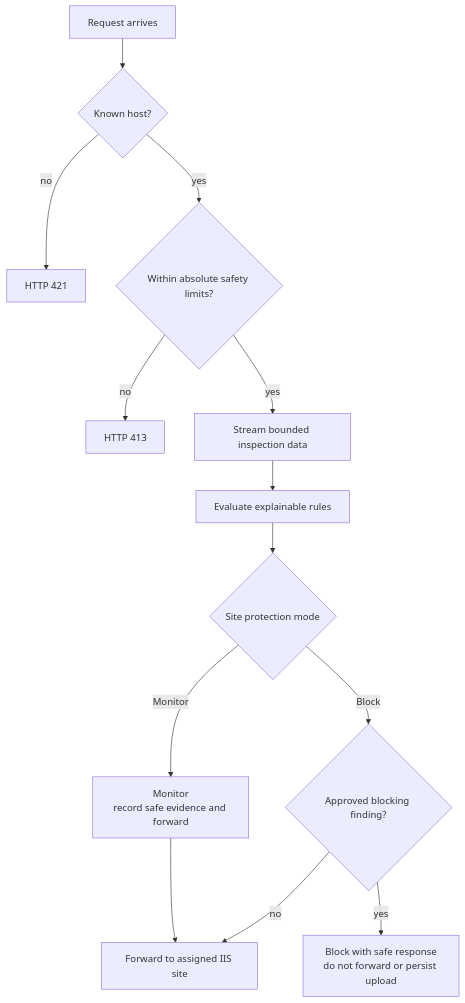
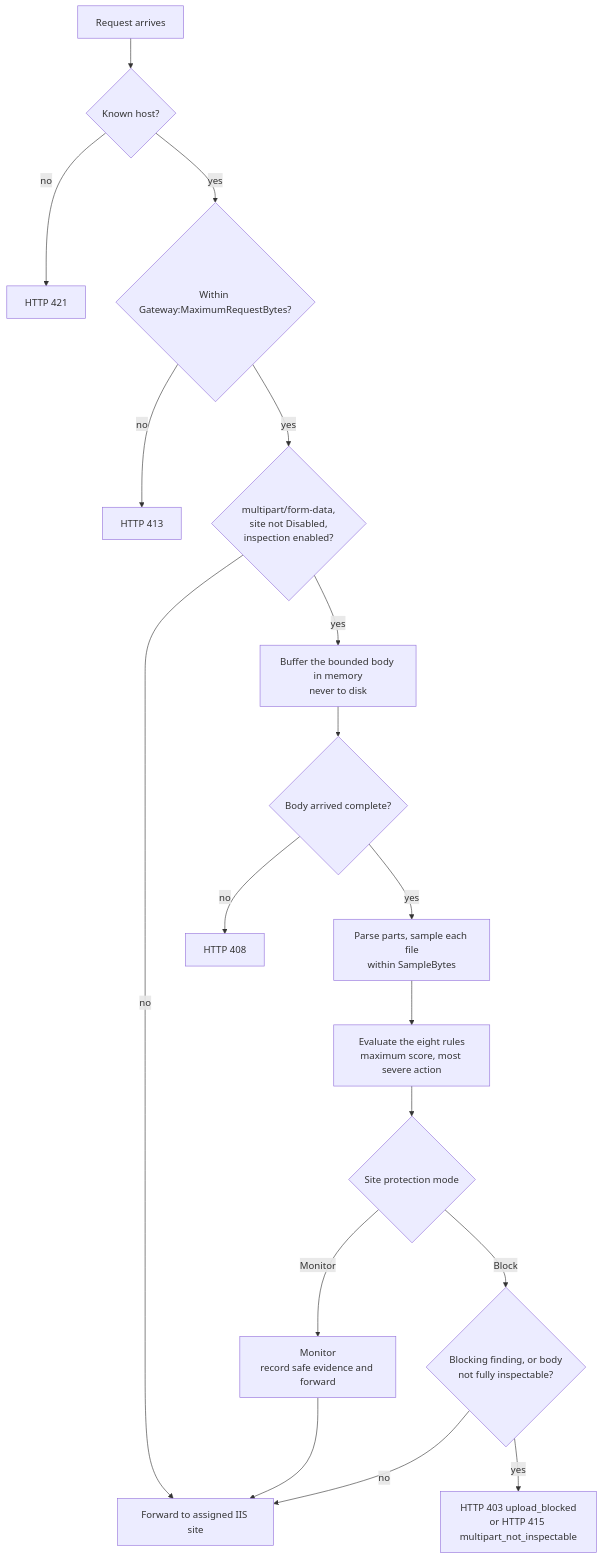
Before and after one commit to peopleworks/WPShield: the second of 3 diagrams in README.md, drawn with Mermaid. The commit also changed other lines of this file and 34 other files, not shown here.

````diff
--- a/README.md
+++ b/README.md
@@ -106,25 +234,33 @@
 ```mermaid
 flowchart TD
     A["Request arrives"]
     B{"Known host?"}
     C["HTTP 421"]
-    D{"Within absolute safety limits?"}
+    D{"Within Gateway:MaximumRequestBytes?"}
     E["HTTP 413"]
-    F["Stream bounded inspection data"]
-    G["Evaluate explainable rules"]
+    M{"multipart/form-data,<br/>site not Disabled,<br/>inspection enabled?"}
+    N["Buffer the bounded body in memory<br/>never to disk"]
+    O{"Body arrived complete?"}
+    P["HTTP 408"]
+    F["Parse parts, sample each file<br/>within SampleBytes"]
+    G["Evaluate the eight rules<br/>maximum score, most severe action"]
     H{"Site protection mode"}
     I["Monitor<br/>record safe evidence and forward"]
-    J{"Approved blocking finding?"}
+    J{"Blocking finding, or body<br/>not fully inspectable?"}
     K["Forward to assigned IIS site"]
-    L["Block with safe response<br/>do not forward or persist upload"]
+    L["HTTP 403 upload_blocked<br/>or HTTP 415 multipart_not_inspectable"]
 
     A --> B
     B -- "no" --> C
     B -- "yes" --> D
     D -- "no" --> E
-    D -- "yes" --> F --> G --> H
+    D -- "yes" --> M
+    M -- "no" --> K
+    M -- "yes" --> N --> O
+    O -- "no" --> P
+    O -- "yes" --> F --> G --> H
     H -- "Monitor" --> I --> K
     H -- "Block" --> J
     J -- "no" --> K
     J -- "yes" --> L
 ```
````
